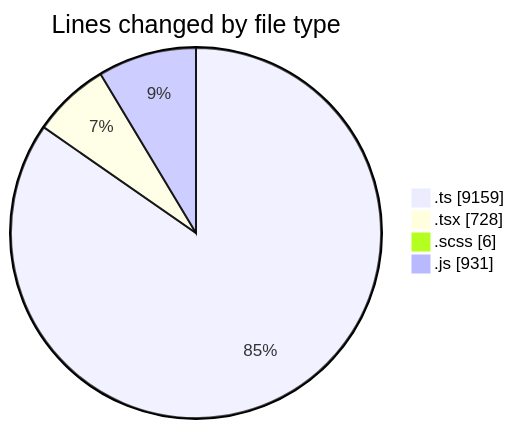
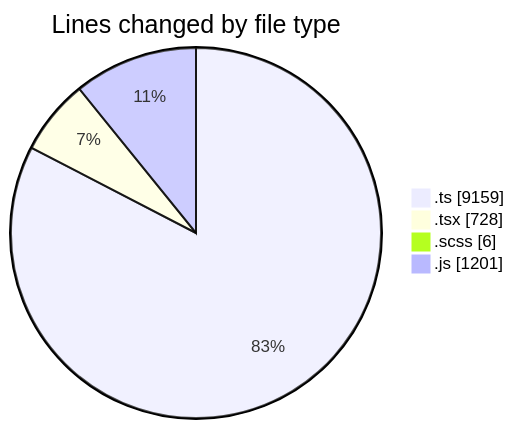
One commit to momahboobian/code-tracking changed the first of 2 diagrams in 2026-03-17/cda/README.md. Above: the diagram before and after it, drawn with Mermaid. The commit also changed other lines of this file and 1 other file, not shown here.

````diff
--- a/2026-03-17/cda/README.md
+++ b/2026-03-17/cda/README.md
@@ -30,8 +32,8 @@
 ```mermaid
 pie showData
 title Lines changed by file type
 ".ts" : 9159
 ".tsx" : 728
 ".scss" : 6
-".js" : 931
+".js" : 1201
 ```
````
